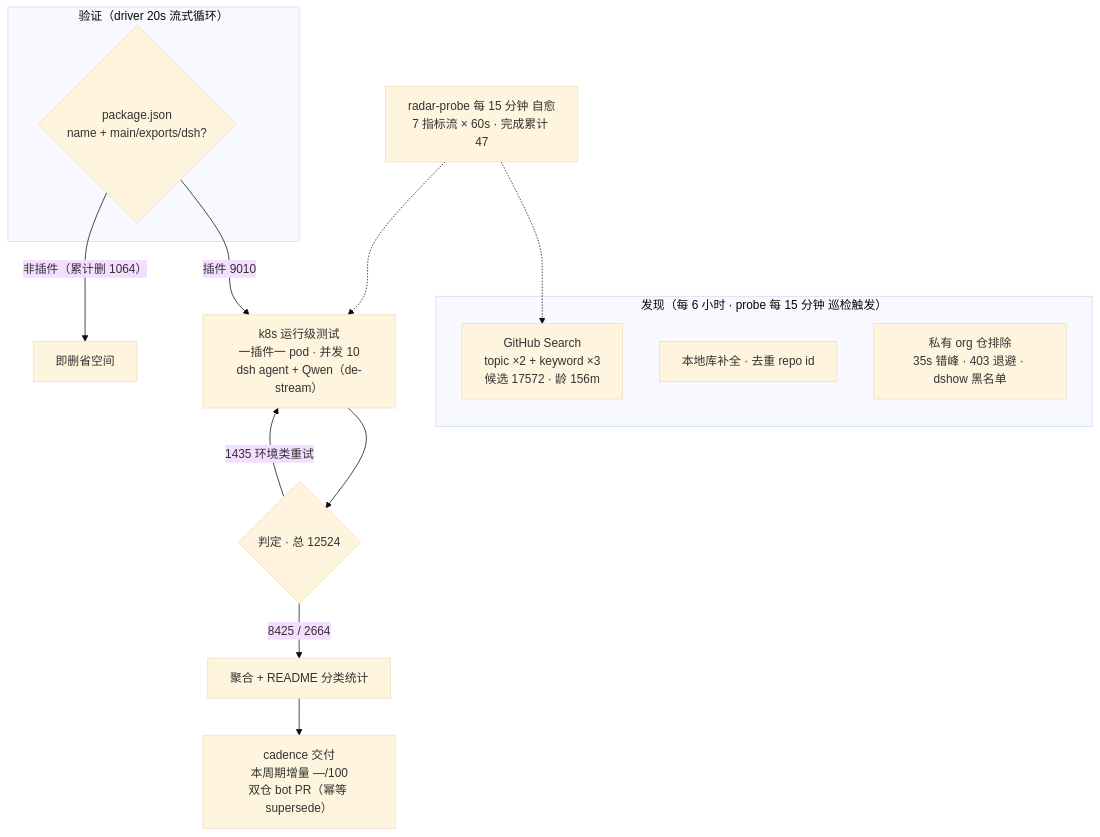
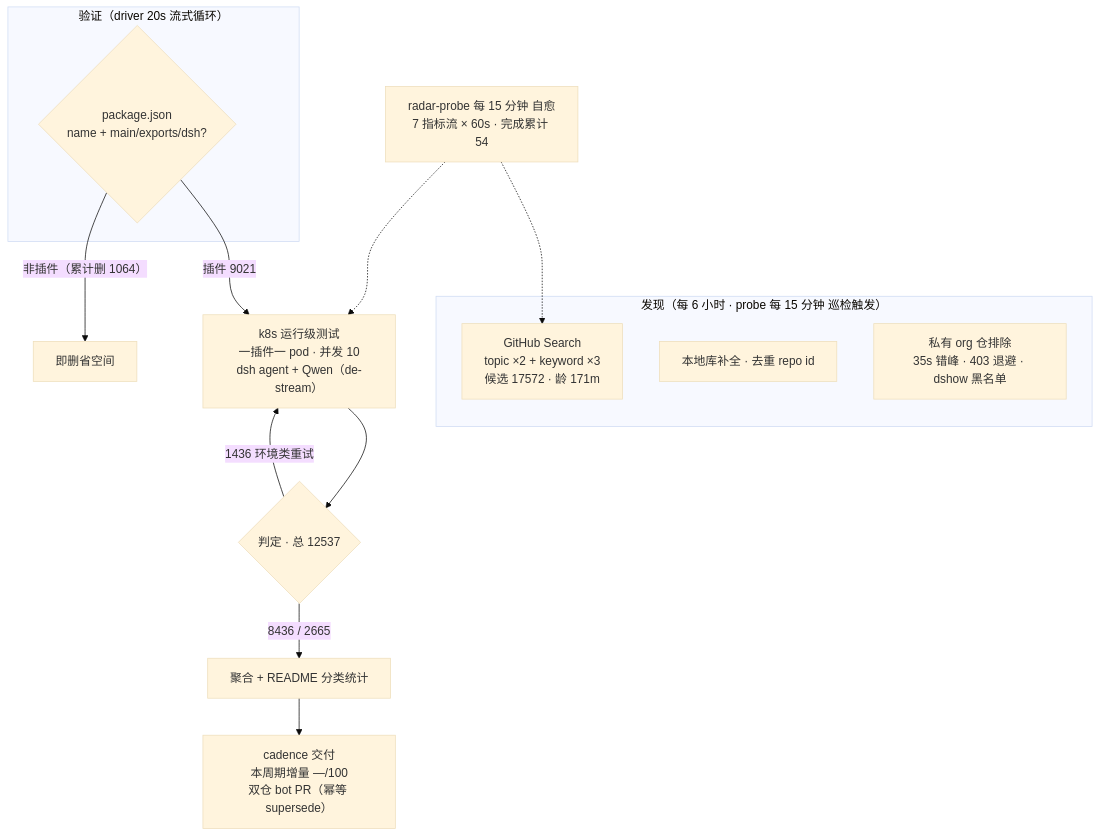
The diagram in README.md (Zhidao-Lab-OSS/awesome-dsh-plugins), drawn with Mermaid (base theme) before and after one commit. The commit also changed other lines of this file and 1 other file, not shown here.

````diff
--- a/README.md
+++ b/README.md
@@ -52,20 +52,20 @@
 ```mermaid
 flowchart TB
     subgraph Discovery["发现（每 6 小时 · probe 每 15 分钟 巡检触发）"]
-        A1["GitHub Search<br/>topic ×2 + keyword ×3<br/>候选 17572 · 龄 156m"]
+        A1["GitHub Search<br/>topic ×2 + keyword ×3<br/>候选 17572 · 龄 171m"]
         A2["本地库补全 · 去重 repo id"]
         A3["私有 org 仓排除<br/>35s 错峰 · 403 退避 · dshow 黑名单"]
     end
     subgraph Validation["验证（driver 20s 流式循环）"]
         B1{"package.json<br/>name + main/exports/dsh?"}
     end
-    B1 -->|"插件 9010"| C1["k8s 运行级测试<br/>一插件一 pod · 并发 10<br/>dsh agent + Qwen（de-stream）"]
+    B1 -->|"插件 9021"| C1["k8s 运行级测试<br/>一插件一 pod · 并发 10<br/>dsh agent + Qwen（de-stream）"]
     B1 -->|"非插件（累计删 1064）"| B3["即删省空间"]
-    C1 --> D1{"判定 · 总 12524"}
-    D1 -->|"8425 / 2664"| E1["聚合 + README 分类统计"]
-    D1 -->|"1435 环境类重试"| C1
+    C1 --> D1{"判定 · 总 12537"}
+    D1 -->|"8436 / 2665"| E1["聚合 + README 分类统计"]
+    D1 -->|"1436 环境类重试"| C1
     E1 --> E2["cadence 交付<br/>本周期增量 —/100<br/>双仓 bot PR（幂等 supersede）"]
-    M["radar-probe 每 15 分钟 自愈<br/>7 指标流 × 60s · 完成累计 47"]
+    M["radar-probe 每 15 分钟 自愈<br/>7 指标流 × 60s · 完成累计 54"]
     M -.-> A1
     M -.-> C1
 ```
````
